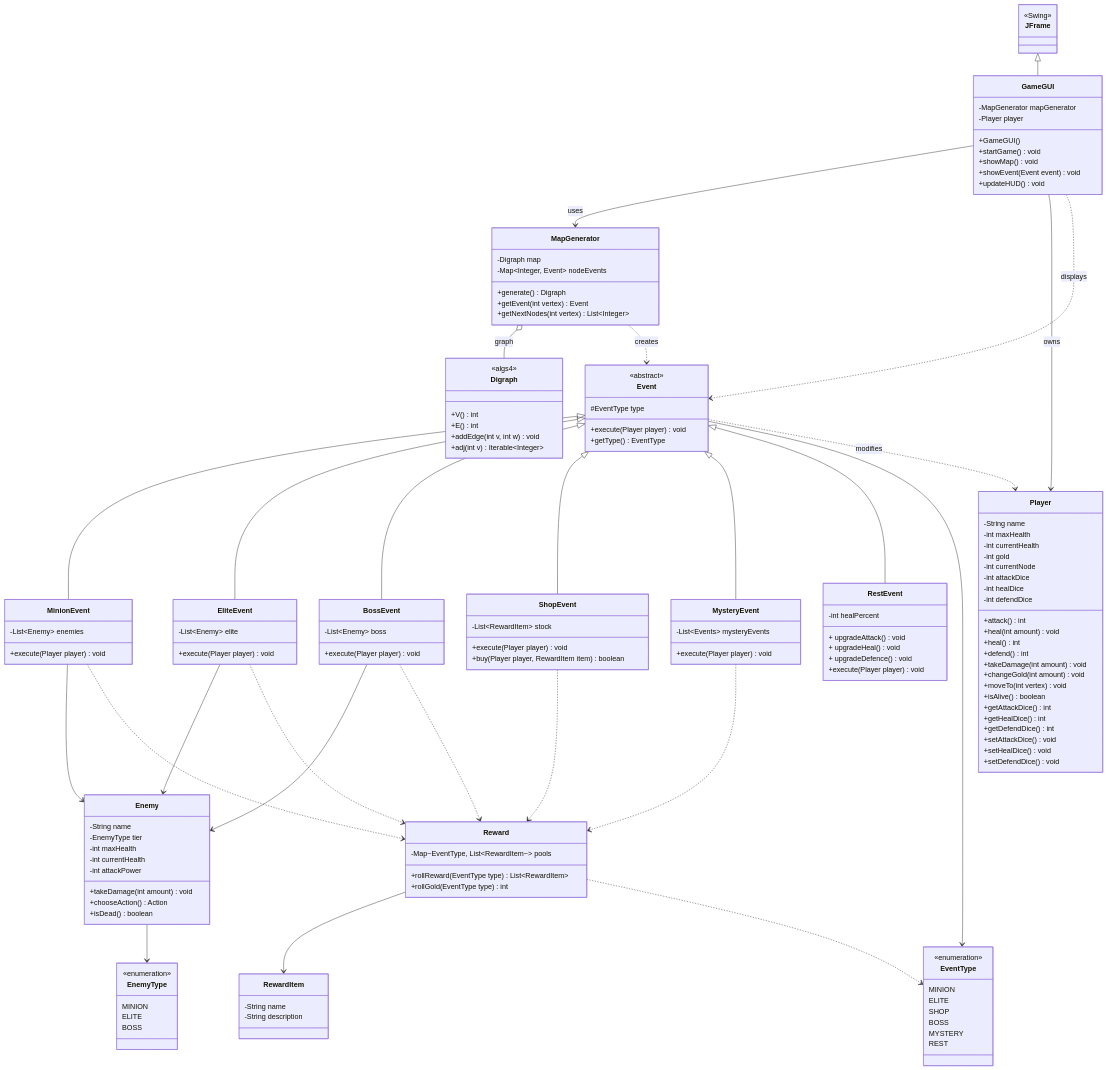
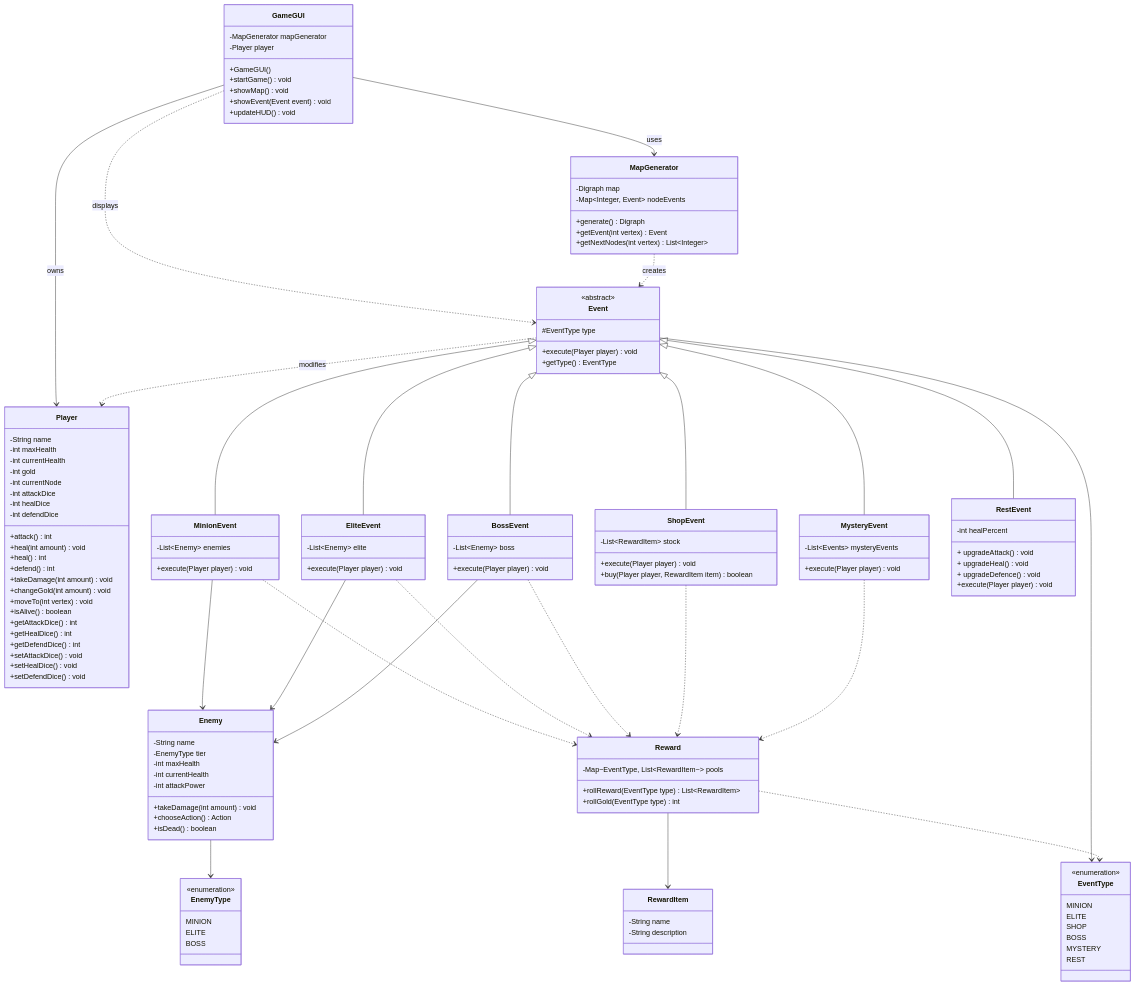
Before and after one commit to Reallugia97/CS-2420-Team-Project-Dice-the-Spire: the diagram in docs/UML.md, drawn with Mermaid.

````diff
--- a/docs/UML.md
+++ b/docs/UML.md
@@ -1,18 +1,6 @@
 ```mermaid
 classDiagram
     direction TB
-
-    class JFrame {
-        <<Swing>>
-    }
-
-    class Digraph {
-        <<algs4>>
-        +V() int
-        +E() int
-        +addEdge(int v, int w) void
-        +adj(int v) Iterable~Integer~
-    }
 
     class GameGUI {
         -MapGenerator mapGenerator
@@ -137,12 +125,10 @@
         BOSS
     }
 
-    JFrame <|-- GameGUI
     GameGUI --> MapGenerator : uses
     GameGUI --> Player : owns
     GameGUI ..> Event : displays
 
-    MapGenerator o-- Digraph : graph
     MapGenerator ..> Event : creates
 
     Event <|-- MinionEvent
````
